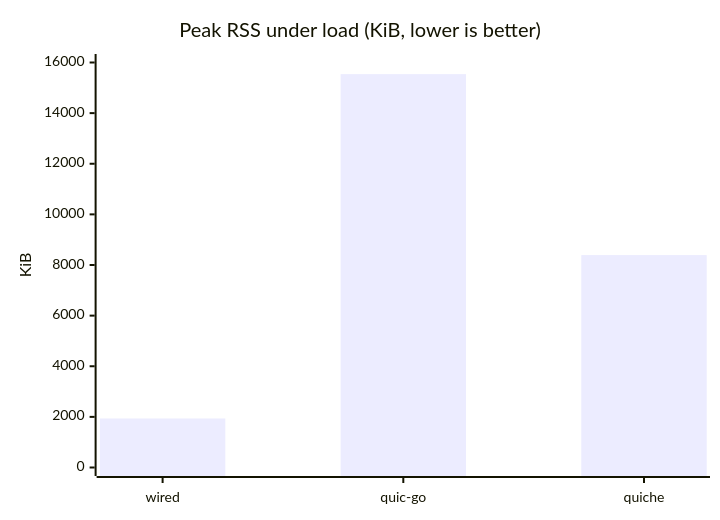
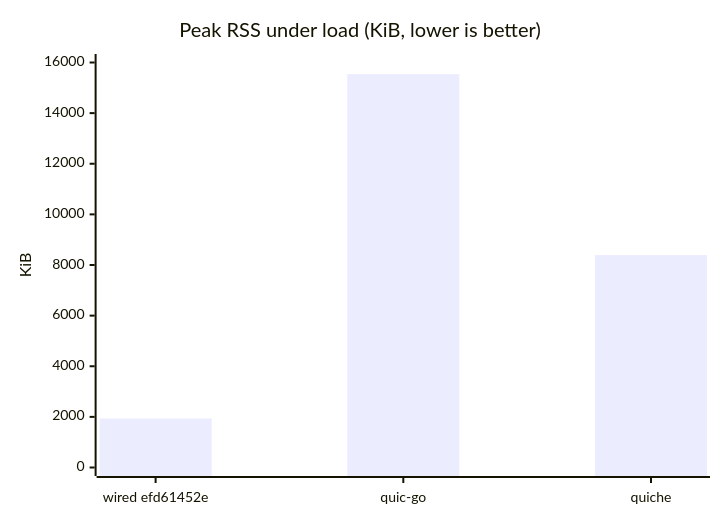
Before and after one commit to Hakkadaikon/wired: the fifth of 6 diagrams in docs/performance/comparison.md, drawn with Mermaid. The commit also changed other lines of this file and 1 other file, not shown here.

````diff
--- a/docs/performance/comparison.md
+++ b/docs/performance/comparison.md
@@ -401,7 +402,7 @@
 ```mermaid
 xychart-beta
     title "Peak RSS under load (KiB, lower is better)"
-    x-axis ["wired", "quic-go", "quiche"]
+    x-axis ["wired efd61452e", "quic-go", "quiche"]
     y-axis "KiB" 0 --> 16000
     bar [1936, 15540, 8392]
 ```
````
